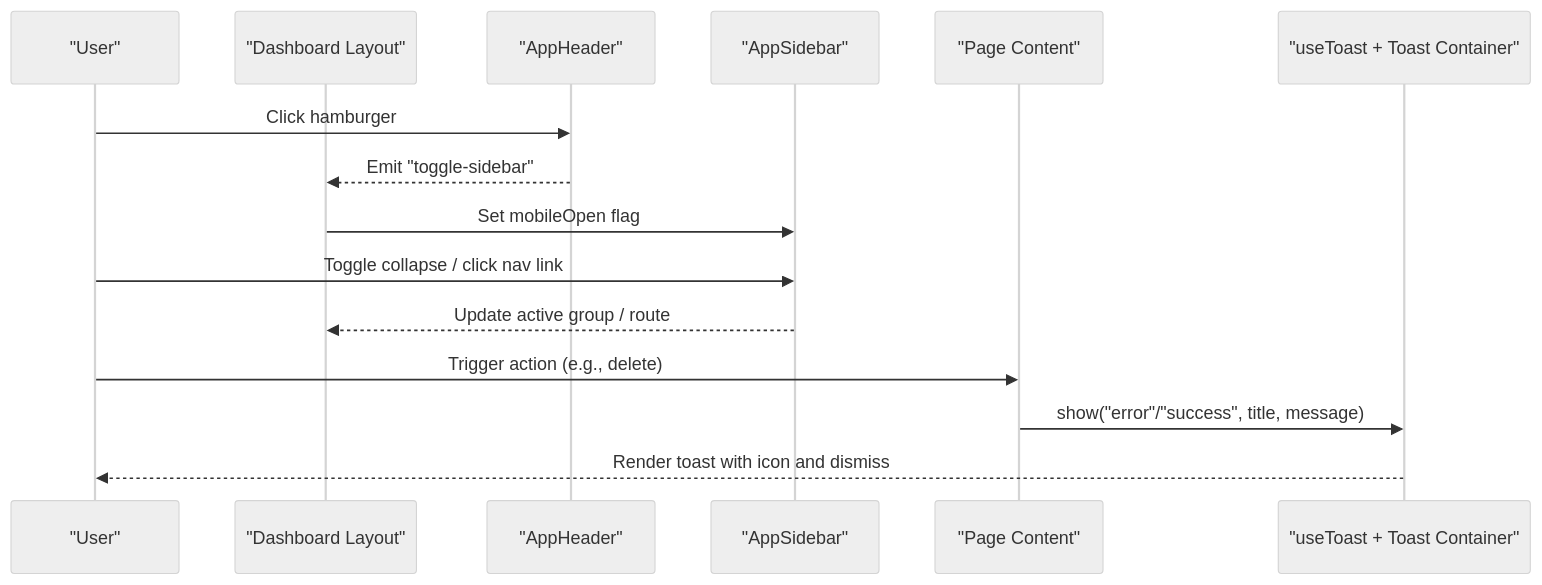
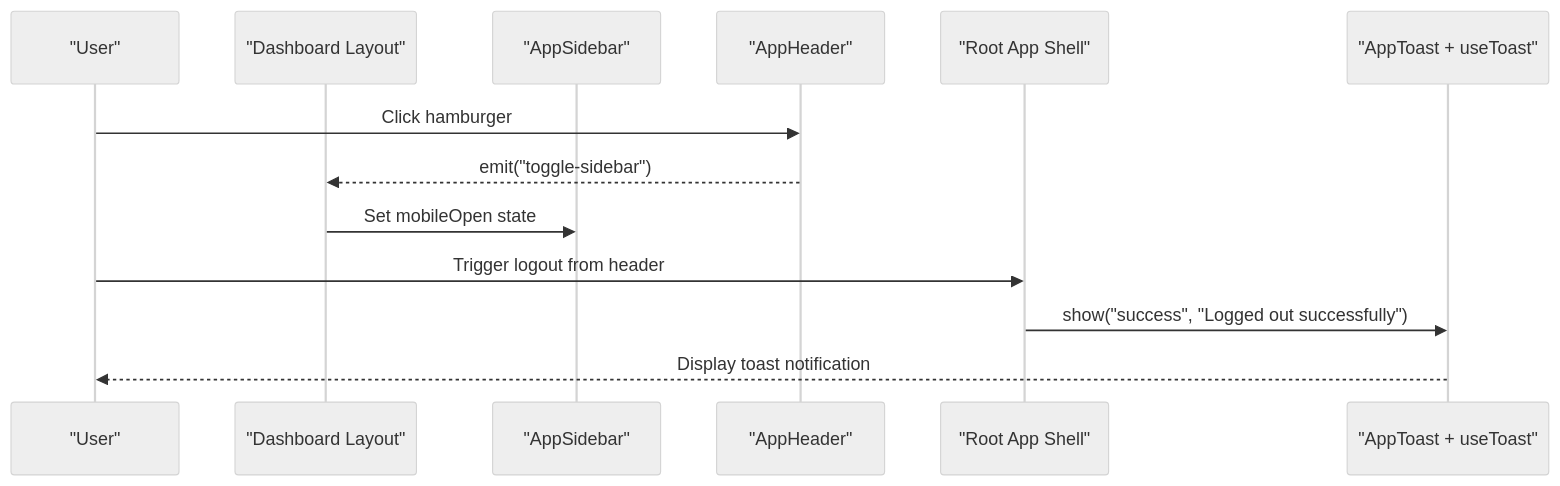
One commit to Lazynerd-Studios/lacarte-atlas-console changed the second of 9 diagrams in .qoder/repowiki/en/content/Core UI Components/Core UI Components.md. Above: the diagram before and after it, drawn with Mermaid (neutral theme). The commit also changed other lines of this file and 139 other files, not shown here.

````diff
--- a/.qoder/repowiki/en/content/Core UI Components/Core UI Components.md
+++ b/.qoder/repowiki/en/content/Core UI Components/Core UI Components.md
@@ -102,17 +172,15 @@
 ```mermaid
 sequenceDiagram
 participant User as "User"
 participant Layout as "Dashboard Layout"
+participant Sidebar as "AppSidebar"
 participant Header as "AppHeader"
-participant Sidebar as "AppSidebar"
-participant Page as "Page Content"
-participant Toast as "useToast + Toast Container"
+participant Root as "Root App Shell"
+participant Toast as "AppToast + useToast"
 User->>Header : Click hamburger
-Header-->>Layout : Emit "toggle-sidebar"
-Layout->>Sidebar : Set mobileOpen flag
-User->>Sidebar : Toggle collapse / click nav link
-Sidebar-->>Layout : Update active group / route
-User->>Page : Trigger action (e.g., delete)
-Page->>Toast : show("error"/"success", title, message)
-Toast-->>User : Render toast with icon and dismiss
+Header-->>Layout : emit("toggle-sidebar")
+Layout->>Sidebar : Set mobileOpen state
+User->>Root : Trigger logout from header
+Root->>Toast : show("success", "Logged out successfully")
+Toast-->>User : Display toast notification
 ```
````
